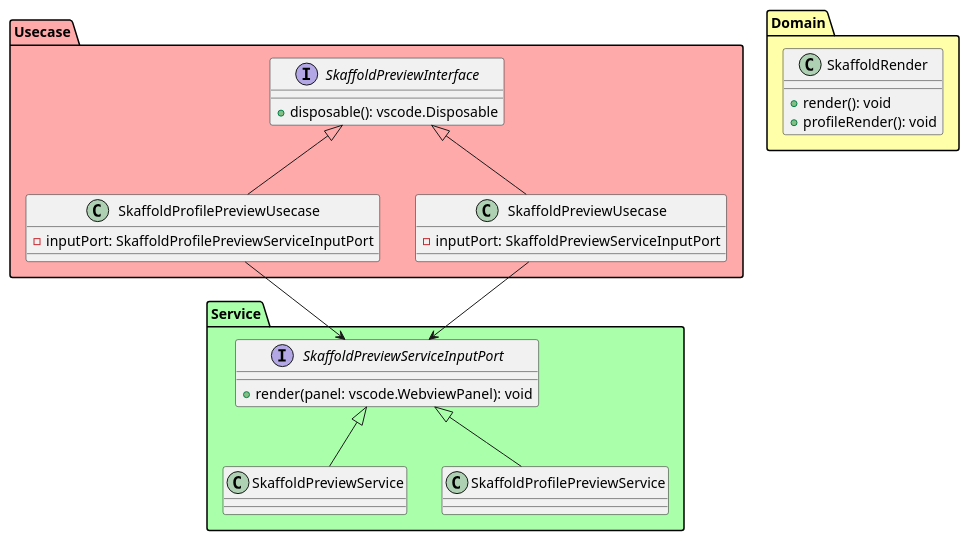
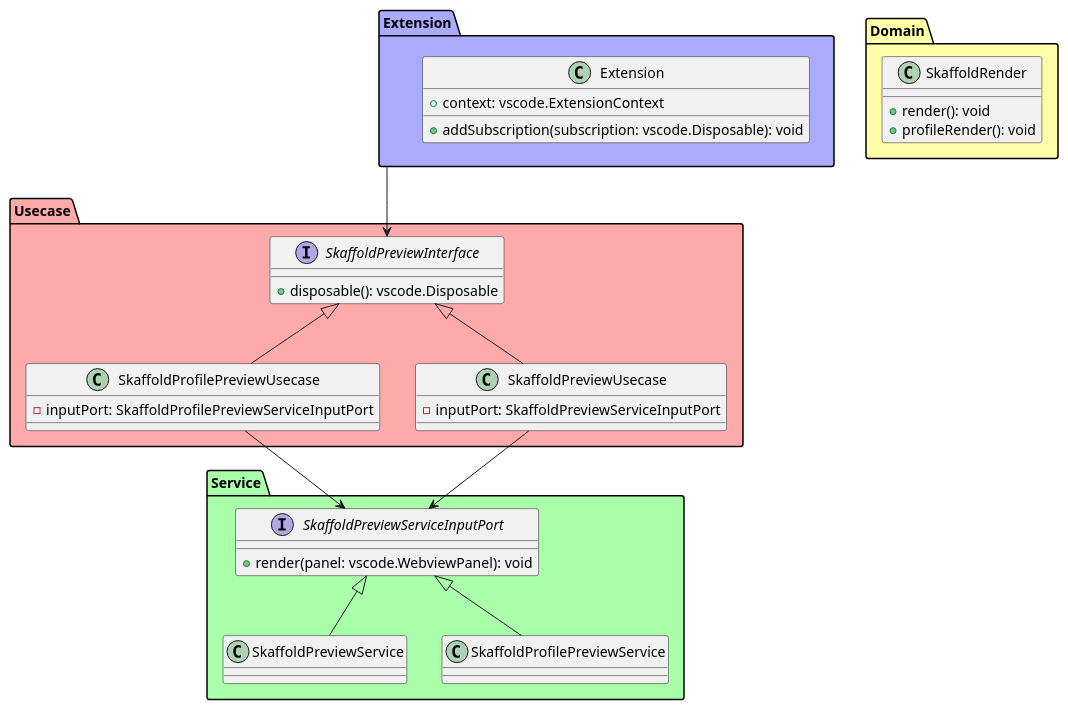
One commit to maaaashi/skaffold-preview changed the diagram in docs/class.pu. Above: the diagram before and after it, drawn with PlantUML.

Commit message:
:octocat: Extension追加

```diff
--- a/docs/class.pu
+++ b/docs/class.pu
@@ -1,47 +1,56 @@
 @startuml
+
+package Extension #AAAAFF {
+  class Extension {
+    + context: vscode.ExtensionContext
+    + addSubscription(subscription: vscode.Disposable): void
+  }
+}
 
 package Usecase #FFAAAA {
   interface SkaffoldPreviewInterface {
     + disposable(): vscode.Disposable
   }
 
   class SkaffoldPreviewUsecase {
     - inputPort: SkaffoldPreviewServiceInputPort
   }
 
   class SkaffoldProfilePreviewUsecase {
     - inputPort: SkaffoldProfilePreviewServiceInputPort
   }
 
   SkaffoldPreviewInterface <|-down- SkaffoldPreviewUsecase
   SkaffoldPreviewInterface <|-down- SkaffoldProfilePreviewUsecase
 }
+
+SkaffoldPreviewInterface <-up- Extension
 
 package Service #AAFFAA {
   interface SkaffoldPreviewServiceInputPort {
     + render(panel: vscode.WebviewPanel): void
   }
 
   class SkaffoldPreviewService {
   }
 
   SkaffoldPreviewServiceInputPort <-up- SkaffoldPreviewUsecase
   SkaffoldPreviewServiceInputPort <|-down- SkaffoldPreviewService
 
   class SkaffoldProfilePreviewService {
 
   }
 
   SkaffoldPreviewServiceInputPort <-up- SkaffoldProfilePreviewUsecase
   SkaffoldPreviewServiceInputPort <|-down- SkaffoldProfilePreviewService
 }
 
 package Domain #FFFFAA {
   class SkaffoldRender {
     + render(): void
     + profileRender(): void
   }
 
 }
 
 @enduml
```
